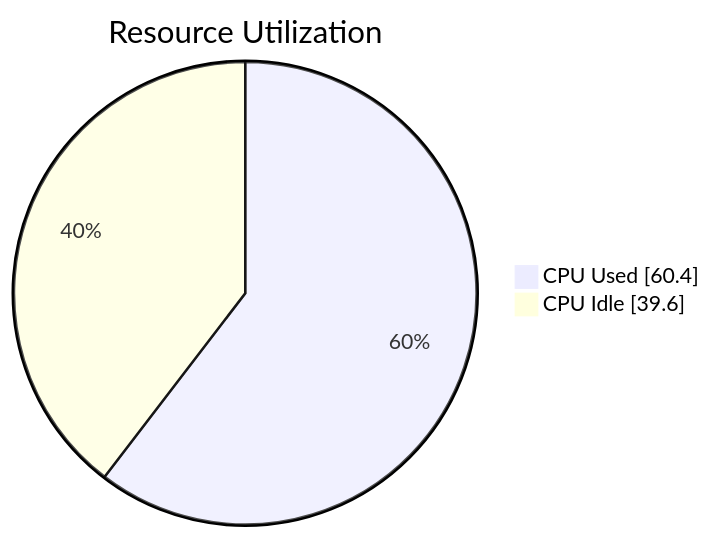
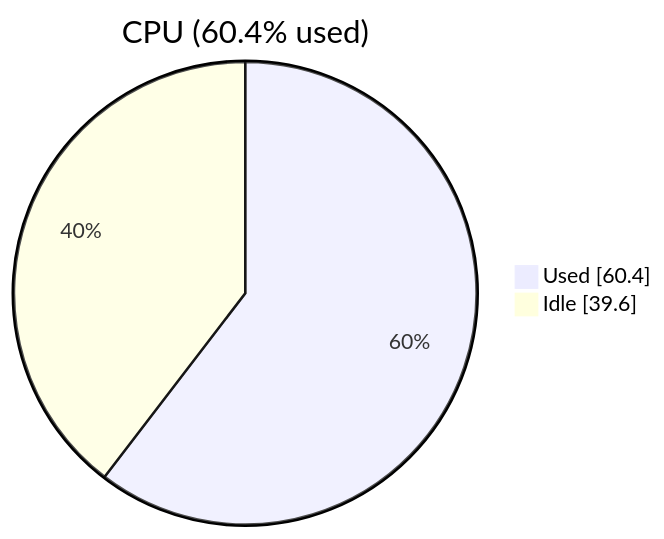
One commit to tsviz/actions-runner-telemetry changed the second of 3 diagrams in README.md. Above: the diagram before and after it, drawn with Mermaid. The commit also changed other lines of this file and 2 other files, not shown here.

Commit message:
docs: add demo gif, example reports link, and optimize pie chart layout

````diff
--- a/README.md
+++ b/README.md
@@ -69,5 +74,5 @@
 ```mermaid
-pie showData title Resource Utilization
-    "CPU Used" : 60.4
-    "CPU Idle" : 39.6
+pie showData title CPU (60.4% used)
+    "Used" : 60.4
+    "Idle" : 39.6
 ```
````
